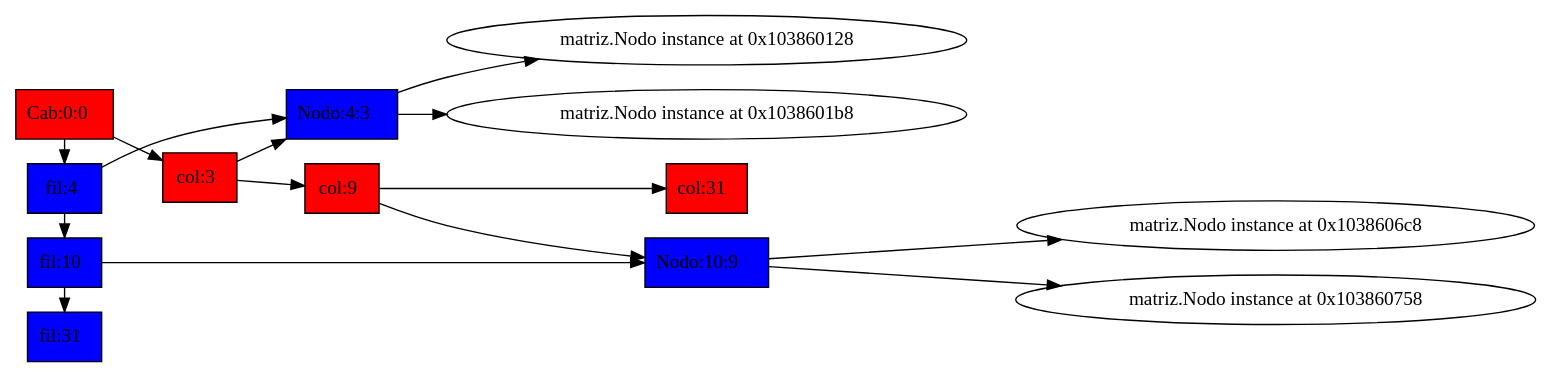
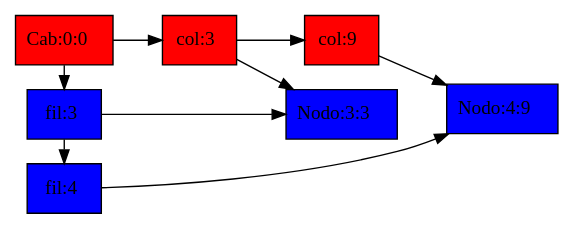
Before and after one commit to leonelyutu/ProyectoJunio2017_200819281: the diagram in web/avionjugador1.dot, drawn with Graphviz. The commit also changed 130 other files, not shown here.

```diff
--- a/web/avionjugador1.dot
+++ b/web/avionjugador1.dot
@@ -1,22 +1,17 @@
 digraph g{
 rankdir=LR
-<matriz.Nodo instance at 0x1038572d8>[label =<Cab:0:0> shape =box, style=filled, fillcolor=red] 
-<matriz.Nodo instance at 0x103860200>[label =<col:3> shape =box, style=filled, fillcolor=red] 
-<matriz.Nodo instance at 0x1038607a0>[label =<col:9> shape =box, style=filled, fillcolor=red] 
-<matriz.Nodo instance at 0x103857290>[label =<col:31> shape =box, style=filled, fillcolor=red] 
-<matriz.Nodo instance at 0x1038572d8>-><matriz.Nodo instance at 0x103860200><matriz.Nodo instance at 0x103860200>-><matriz.Nodo instance at 0x1038607a0><matriz.Nodo instance at 0x1038607a0>-><matriz.Nodo instance at 0x103857290><matriz.Nodo instance at 0x103860170>[label = <fil:4> shape =box, style=filled, fillcolor=blue] 
-<matriz.Nodo instance at 0x103860710>[label = <fil:10> shape =box, style=filled, fillcolor=blue] 
-<matriz.Nodo instance at 0x103857248>[label = <fil:31> shape =box, style=filled, fillcolor=blue] 
-<matriz.Nodo instance at 0x1038572d8>-><matriz.Nodo instance at 0x103860170><matriz.Nodo instance at 0x103860170>-><matriz.Nodo instance at 0x103860710><matriz.Nodo instance at 0x103860710>-><matriz.Nodo instance at 0x103857248>subgraph{
-rank = same;<matriz.Nodo instance at 0x1038572d8>;<matriz.Nodo instance at 0x103860710><matriz.Nodo instance at 0x103860170>;<matriz.Nodo instance at 0x103860710><matriz.Nodo instance at 0x103860710>;<matriz.Nodo instance at 0x103857248>}
-<matriz.Nodo instance at 0x103860170>-><matriz.Nodo instance at 0x103860248>
-<matriz.Nodo instance at 0x103860248>[label = <Nodo:4:3> shape =box, style=filled, fillcolor=blue] 
-<matriz.Nodo instance at 0x103860710>-><matriz.Nodo instance at 0x1038607e8>
-<matriz.Nodo instance at 0x1038607e8>[label = <Nodo:10:9> shape =box, style=filled, fillcolor=blue] 
-<matriz.Nodo instance at 0x103860248>-><matriz.Nodo instance at 0x103860128>
-<matriz.Nodo instance at 0x1038607e8>-><matriz.Nodo instance at 0x1038606c8>
-<matriz.Nodo instance at 0x103860200>-><matriz.Nodo instance at 0x103860248>
-<matriz.Nodo instance at 0x103860248>-><matriz.Nodo instance at 0x1038601b8>
-<matriz.Nodo instance at 0x1038607a0>-><matriz.Nodo instance at 0x1038607e8>
-<matriz.Nodo instance at 0x1038607e8>-><matriz.Nodo instance at 0x103860758>
+<matriz.Nodo instance at 0x10a17c488>[label =<Cab:0:0> shape =box, style=filled, fillcolor=red] 
+<matriz.Nodo instance at 0x10a1807a0>[label =<col:3> shape =box, style=filled, fillcolor=red] 
+<matriz.Nodo instance at 0x10a180e18>[label =<col:9> shape =box, style=filled, fillcolor=red] 
+<matriz.Nodo instance at 0x10a17c488>-><matriz.Nodo instance at 0x10a1807a0><matriz.Nodo instance at 0x10a1807a0>-><matriz.Nodo instance at 0x10a180e18>
+<matriz.Nodo instance at 0x10a180710>[label = <fil:3> shape =box, style=filled, fillcolor=blue] 
+<matriz.Nodo instance at 0x10a180d88>[label = <fil:4> shape =box, style=filled, fillcolor=blue] 
+<matriz.Nodo instance at 0x10a17c488>-><matriz.Nodo instance at 0x10a180710><matriz.Nodo instance at 0x10a180710>-><matriz.Nodo instance at 0x10a180d88>subgraph{
+rank = same;<matriz.Nodo instance at 0x10a17c488>;<matriz.Nodo instance at 0x10a180d88><matriz.Nodo instance at 0x10a180710>;<matriz.Nodo instance at 0x10a180d88>}
+<matriz.Nodo instance at 0x10a180710>-><matriz.Nodo instance at 0x10a1807e8>
+<matriz.Nodo instance at 0x10a1807e8>[label = <Nodo:3:3> shape =box, style=filled, fillcolor=blue] 
+<matriz.Nodo instance at 0x10a180d88>-><matriz.Nodo instance at 0x10a180e60>
+<matriz.Nodo instance at 0x10a180e60>[label = <Nodo:4:9> shape =box, style=filled, fillcolor=blue] 
+<matriz.Nodo instance at 0x10a1807a0>-><matriz.Nodo instance at 0x10a1807e8>
+<matriz.Nodo instance at 0x10a180e18>-><matriz.Nodo instance at 0x10a180e60>
 }
```
